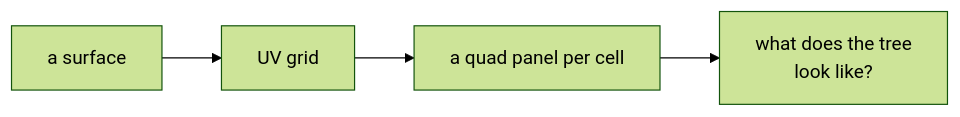
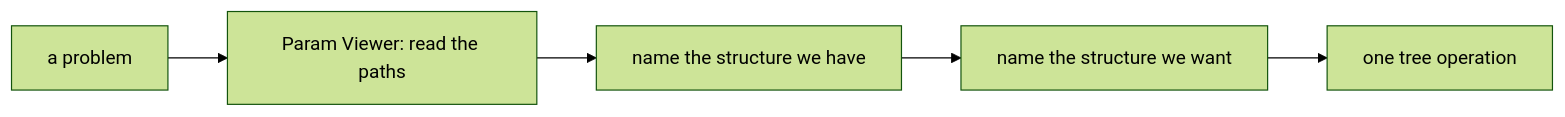
The first of 5 diagrams in Lecture/Week_08/goals.md (rccn-teaching/cdf), drawn with Mermaid (forest theme) before and after one commit. The commit also changed other lines of this file and 23 other files, not shown here.

Commit message:
Refactor lecture materials for Weeks 13-15: update README and goals to enhance clarity and structure; adjust session objectives and commands; improve flowcharts and voting processes for better engagement and understanding.

````diff
--- a/Lecture/Week_08/goals.md
+++ b/Lecture/Week_08/goals.md
@@ -17,6 +17,9 @@
 ```mermaid
 flowchart LR
-    S["a surface"] --> G["UV grid"]
-    G --> Q["a quad panel per cell"]
-    Q --> V["what does the tree<br/>look like?"]
+    P0["a problem"]
+    V1["Param Viewer: read the paths"]
+    N2["name the structure we have"]
+    W3["name the structure we want"]
+    O4["one tree operation"]
+    P0 --> V1 --> N2 --> W3 --> O4
 ```
````
